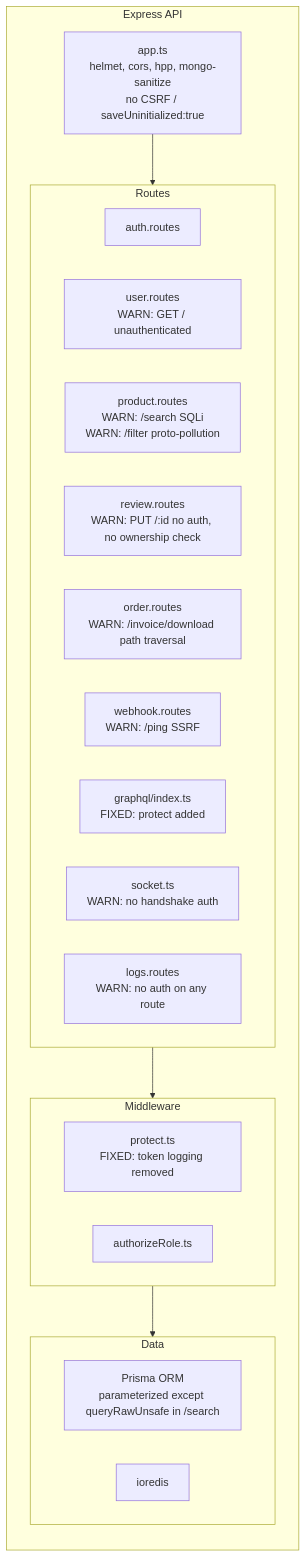
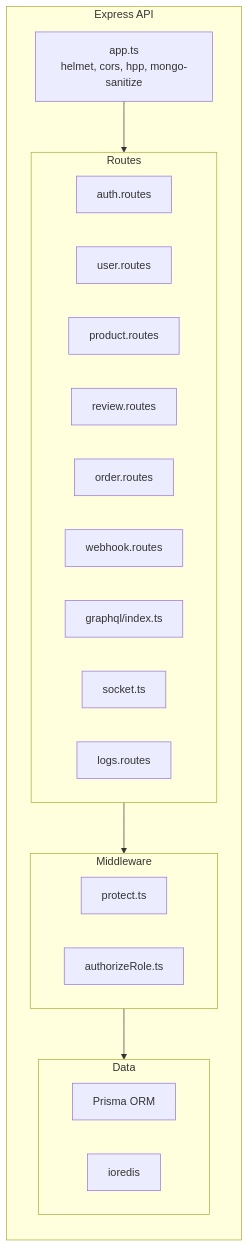
Before and after one commit to daemonprompt/Full-Stack-E-Commerce-Platform: the sixth of 6 diagrams in docs/ARCHITECTURE.md, drawn with Mermaid. The commit also changed other lines of this file and 2 other files, not shown here.

Commit message:
docs: clean up architecture docs and infrastructure configs

````diff
--- a/docs/ARCHITECTURE.md
+++ b/docs/ARCHITECTURE.md
@@ -190,32 +166,32 @@
 ```mermaid
 flowchart LR
   subgraph api["Express API"]
-    app["app.ts\nhelmet, cors, hpp, mongo-sanitize\nno CSRF / saveUninitialized:true"]
+    app["app.ts\nhelmet, cors, hpp, mongo-sanitize"]
 
     subgraph routes["Routes"]
       auth_r["auth.routes"]
-      user_r["user.routes\nWARN: GET / unauthenticated"]
-      product_r["product.routes\nWARN: /search SQLi\nWARN: /filter proto-pollution"]
-      review_r["review.routes\nWARN: PUT /:id no auth, no ownership check"]
-      order_r["order.routes\nWARN: /invoice/download path traversal"]
-      webhook_r["webhook.routes\nWARN: /ping SSRF"]
-      graphql_r["graphql/index.ts\nFIXED: protect added"]
-      socket_r["socket.ts\nWARN: no handshake auth"]
-      logs_r["logs.routes\nWARN: no auth on any route"]
+      user_r["user.routes"]
+      product_r["product.routes"]
+      review_r["review.routes"]
+      order_r["order.routes"]
+      webhook_r["webhook.routes"]
+      graphql_r["graphql/index.ts"]
+      socket_r["socket.ts"]
+      logs_r["logs.routes"]
     end
 
     subgraph mw["Middleware"]
-      protect_mw["protect.ts\nFIXED: token logging removed"]
+      protect_mw["protect.ts"]
       role_mw["authorizeRole.ts"]
     end
 
     subgraph data["Data"]
-      prisma_d["Prisma ORM\nparameterized except queryRawUnsafe in /search"]
+      prisma_d["Prisma ORM"]
       redis_d["ioredis"]
     end
   end
 
   app --> routes
   routes --> mw
   mw --> data
 ```
````
